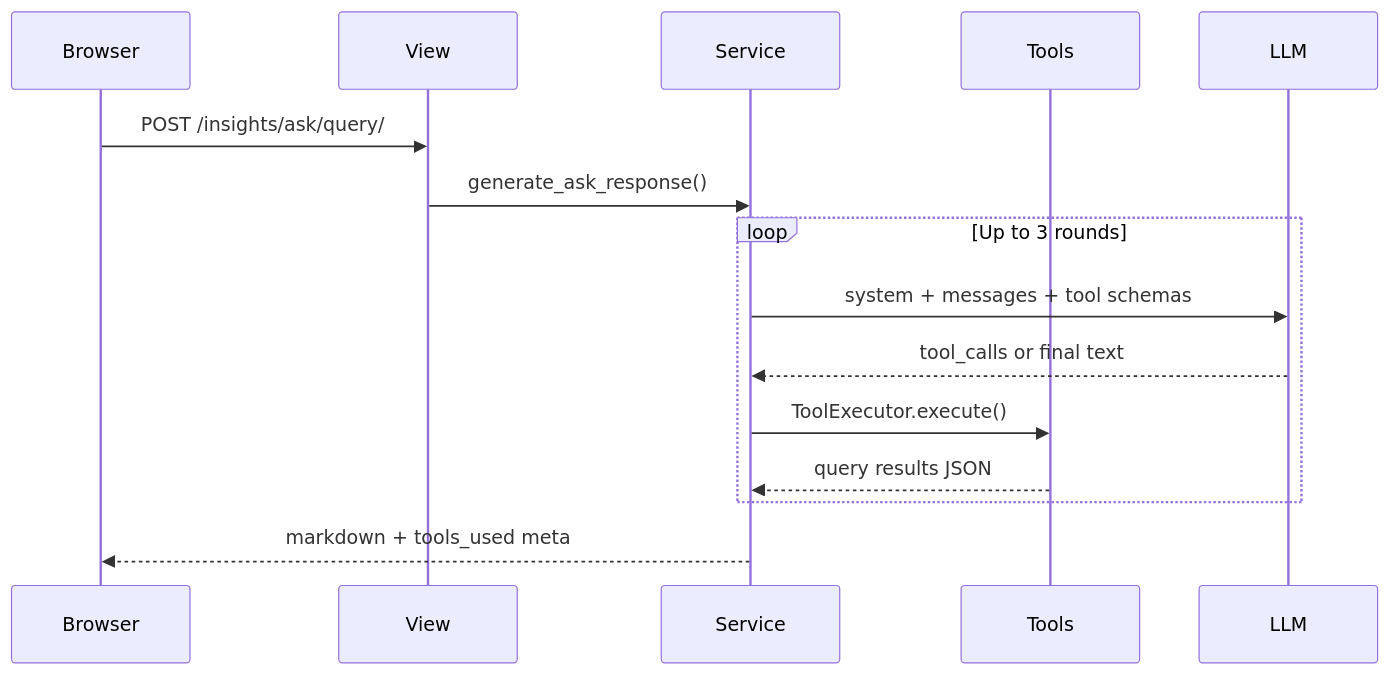
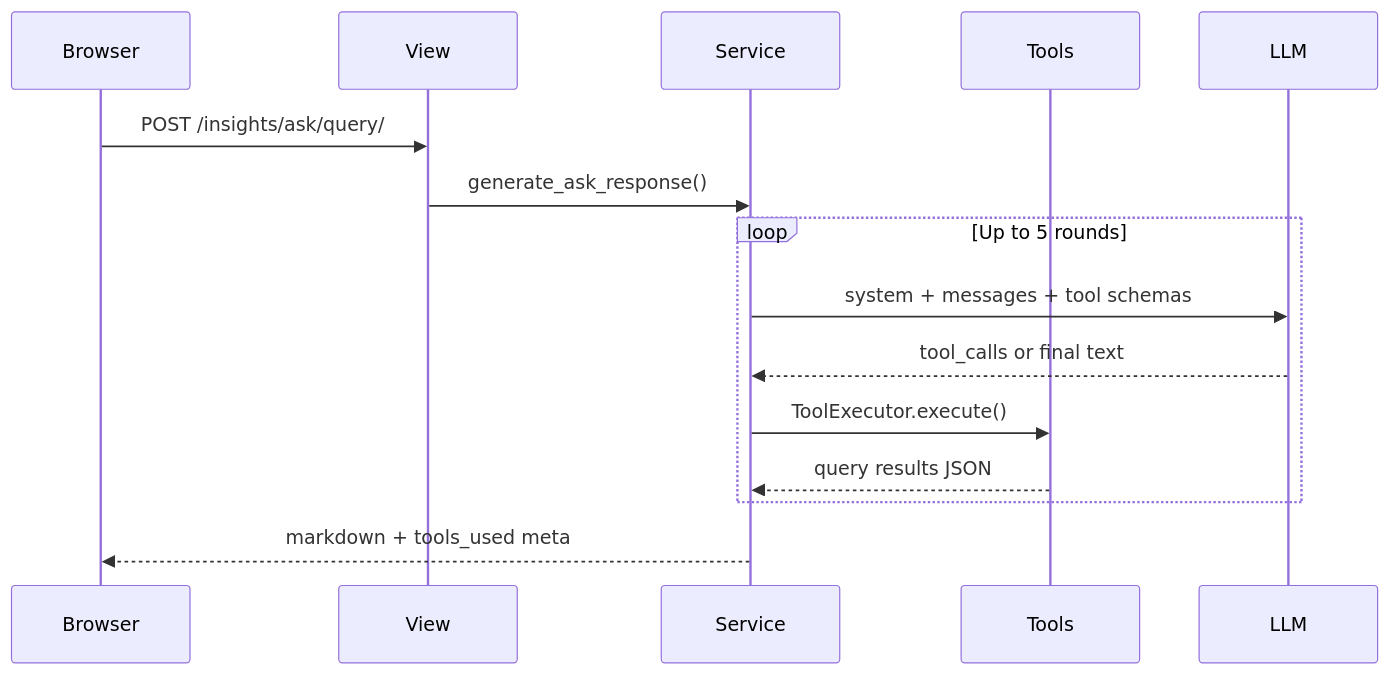
The second of 2 diagrams in docs/ai-insights.md (dmanpearl/leaderlodge), drawn with Mermaid before and after one commit. The commit also changed other lines of this file and 16 other files, not shown here.

````diff
--- a/docs/ai-insights.md
+++ b/docs/ai-insights.md
@@ -122,18 +122,18 @@
 ```mermaid
 sequenceDiagram
   participant Browser
   participant View
   participant Service
   participant Tools
   participant LLM
 
   Browser->>View: POST /insights/ask/query/
   View->>Service: generate_ask_response()
-  loop Up to 3 rounds
+  loop Up to 5 rounds
     Service->>LLM: system + messages + tool schemas
     LLM-->>Service: tool_calls or final text
     Service->>Tools: ToolExecutor.execute()
     Tools-->>Service: query results JSON
   end
   Service-->>Browser: markdown + tools_used meta
 ```
````
